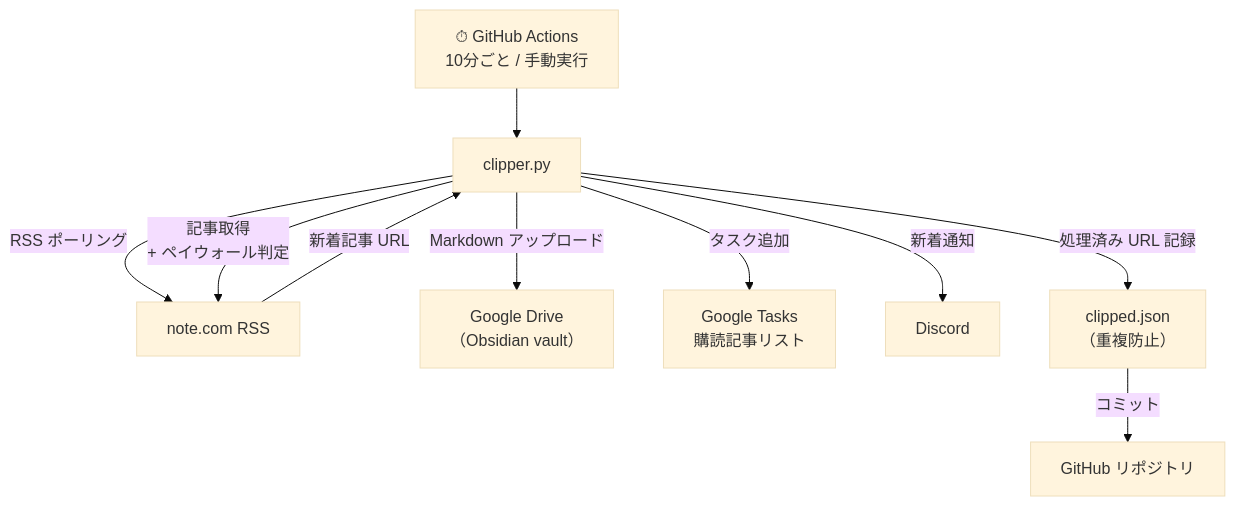
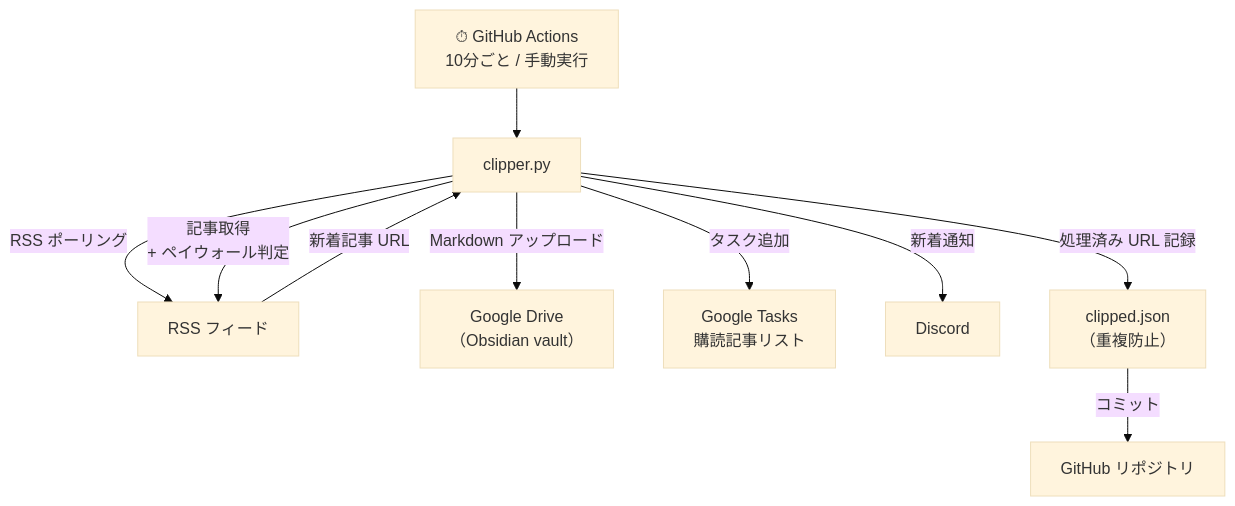
Before and after one commit to seadoon/article-clipper: the diagram in README.md, drawn with Mermaid (base theme). The commit also changed other lines of this file and 7 other files, not shown here.

````diff
--- a/README.md
+++ b/README.md
@@ -7,16 +7,16 @@
 ```mermaid
 flowchart TD
     CRON["⏱ GitHub Actions\n10分ごと / 手動実行"]
 
     CRON --> CLIPPER["clipper.py"]
 
-    CLIPPER -->|RSS ポーリング| NOTE["note.com RSS"]
-    NOTE -->|新着記事 URL| CLIPPER
-    CLIPPER -->|記事取得\n+ ペイウォール判定| NOTE
+    CLIPPER -->|RSS ポーリング| RSS["RSS フィード"]
+    RSS -->|新着記事 URL| CLIPPER
+    CLIPPER -->|記事取得\n+ ペイウォール判定| RSS
 
     CLIPPER -->|Markdown アップロード| DRIVE["Google Drive\n（Obsidian vault）"]
     CLIPPER -->|タスク追加| TASKS["Google Tasks\n購読記事リスト"]
     CLIPPER -->|新着通知| DISCORD["Discord"]
     CLIPPER -->|処理済み URL 記録| JSON["clipped.json\n（重複防止）"]
     JSON -->|コミット| REPO["GitHub リポジトリ"]
 ```
````
